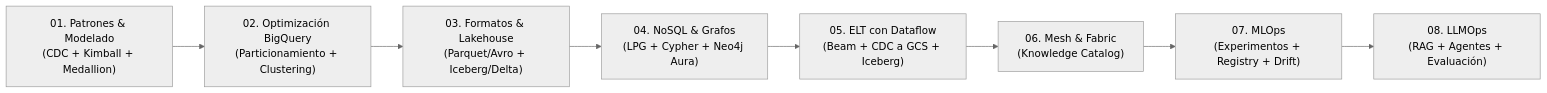
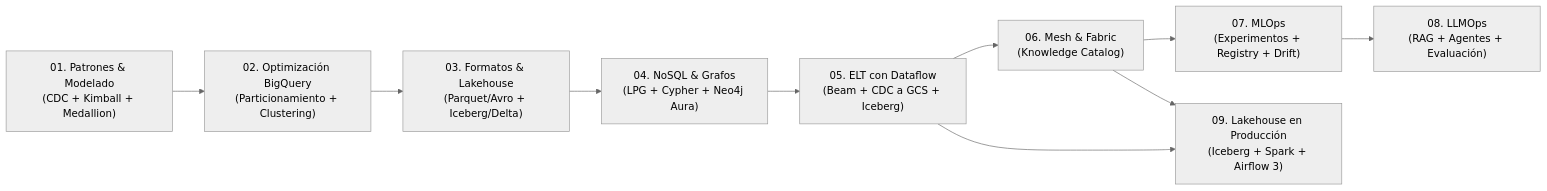
Before and after one commit to jggomez/analytics-architectures-labs: the diagram in README.md, drawn with Mermaid (neutral theme). The commit also changed other lines of this file, not shown here.

````diff
--- a/README.md
+++ b/README.md
@@ -67,10 +72,12 @@
 ```mermaid
 flowchart LR
     A["01. Patrones & Modelado\n(CDC + Kimball + Medallion)"] --> B["02. Optimización BigQuery\n(Particionamiento + Clustering)"]
     B --> C["03. Formatos & Lakehouse\n(Parquet/Avro + Iceberg/Delta)"]
     C --> D["04. NoSQL & Grafos\n(LPG + Cypher + Neo4j Aura)"]
     D --> E["05. ELT con Dataflow\n(Beam + CDC a GCS + Iceberg)"]
     E --> F["06. Mesh & Fabric\n(Knowledge Catalog)"]
     F --> G["07. MLOps\n(Experimentos + Registry + Drift)"]
     G --> H["08. LLMOps\n(RAG + Agentes + Evaluación)"]
+    E --> I["09. Lakehouse en Producción\n(Iceberg + Spark + Airflow 3)"]
+    F --> I
 ```
````
